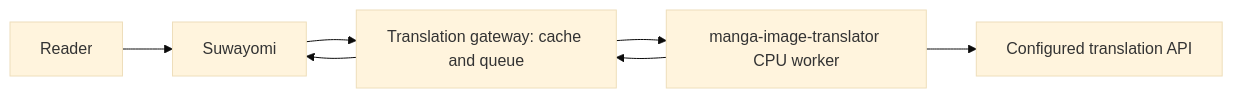
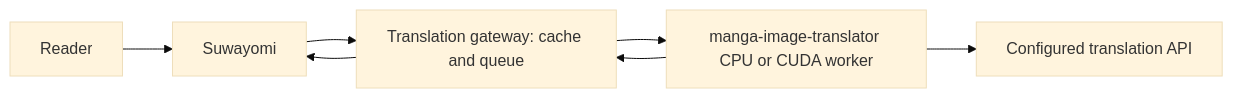
The diagram in README.md (meurz/suwayomi-manga-translator), drawn with Mermaid (base theme) before and after one commit. The commit also changed other lines of this file and 14 other files, not shown here.

````diff
--- a/README.md
+++ b/README.md
@@ -23,9 +23,9 @@
 ```mermaid
 flowchart LR
   Reader --> Suwayomi
   Suwayomi --> Gateway[Translation gateway: cache and queue]
-  Gateway --> Worker[manga-image-translator CPU worker]
+  Gateway --> Worker[manga-image-translator CPU or CUDA worker]
   Worker --> LLM[Configured translation API]
   Worker --> Gateway
   Gateway --> Suwayomi
 ```
````
